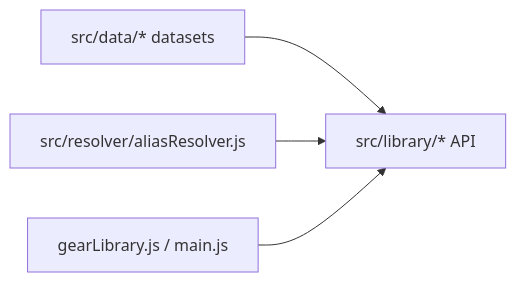
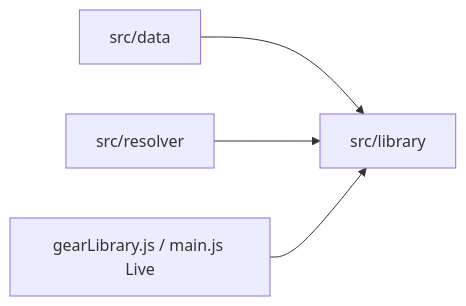
Before and after one commit to edmei014/Kempanion: the second of 2 diagrams in docs/ARCHITECTURE.md, drawn with Mermaid. The commit also changed other lines of this file and 6 other files, not shown here.

````diff
--- a/docs/ARCHITECTURE.md
+++ b/docs/ARCHITECTURE.md
@@ -235,10 +289,11 @@
 ```mermaid
 flowchart LR
-  data[src/data/* datasets]
-  library[src/library/* API]
-  resolver[src/resolver/aliasResolver.js]
-  ui[gearLibrary.js / main.js]
+  data[src/data]
+  resolver[src/resolver]
+  library[src/library]
+  ui[gearLibrary.js / main.js Live]
+
   data --> library
   resolver --> library
   ui --> library
 ```
````
